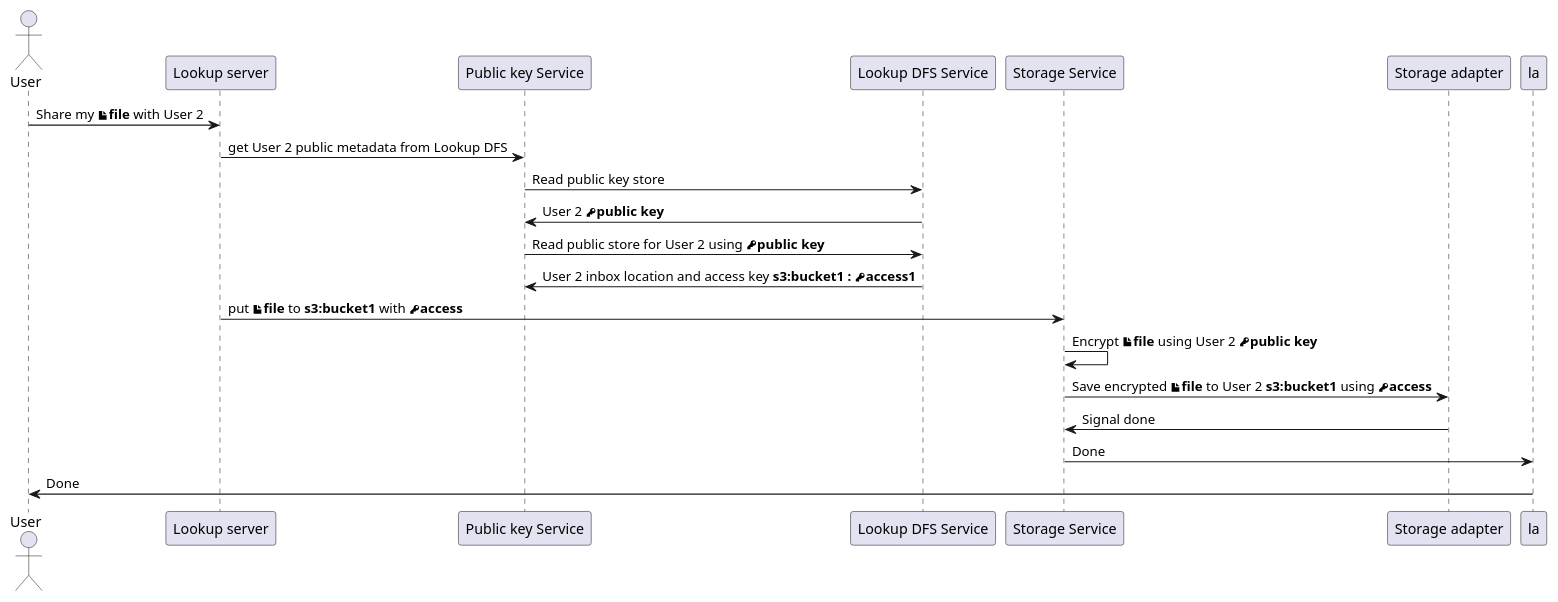
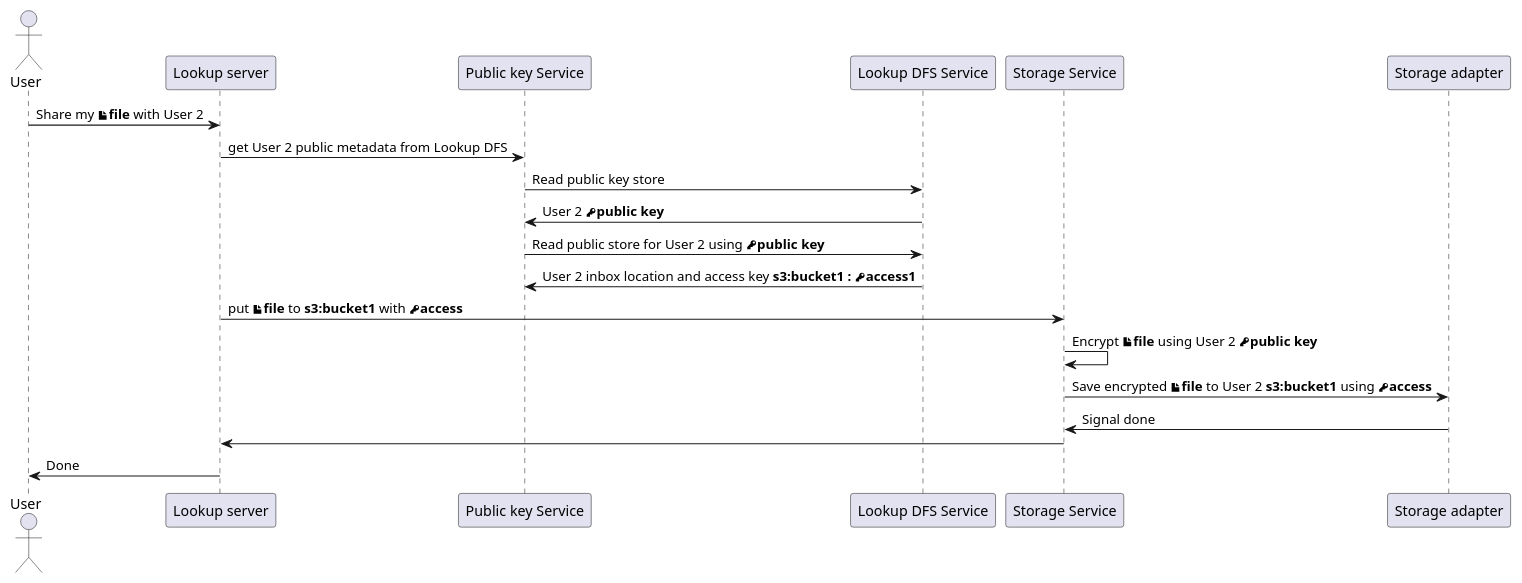
Before and after one commit to valb3r/docusafe: the diagram in diagrams/sequence_inbox.puml, drawn with PlantUML. The commit also changed 1 other file, not shown here.

```diff
--- a/diagrams/sequence_inbox.puml
+++ b/diagrams/sequence_inbox.puml
@@ -1,15 +1,15 @@
 @startuml
 actor User
 User->"Lookup server" as ls : Share my **<&file>file** with User 2
 ls->"Public key Service" as lss : get User 2 public metadata from Lookup DFS
 lss->"Lookup DFS Service" as DFS : Read public key store
 DFS->lss : User 2 **<&key>public key**
 lss->DFS : Read public store for User 2 using **<&key>public key**
 DFS->lss : User 2 inbox location and access key **s3:bucket1 : <&key>access1**
 ls->"Storage Service" as ss : put **<&file>file** to **s3:bucket1** with **<&key>access**
 ss->ss : Encrypt **<&file>file** using User 2 **<&key>public key**
 ss->"Storage adapter" as sa : Save encrypted **<&file>file** to User 2 **s3:bucket1** using **<&key>access**
 sa->ss : Signal done
-ss->la : Done
-la->User : Done
+ss->ls
+ls->User : Done
 @enduml
```
